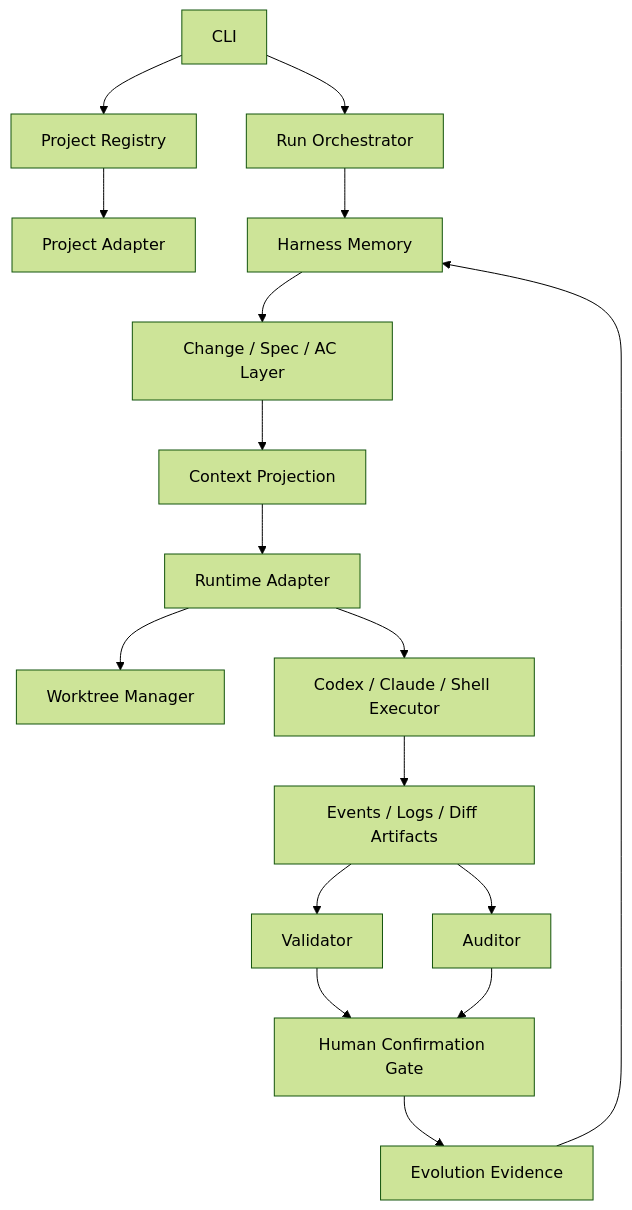
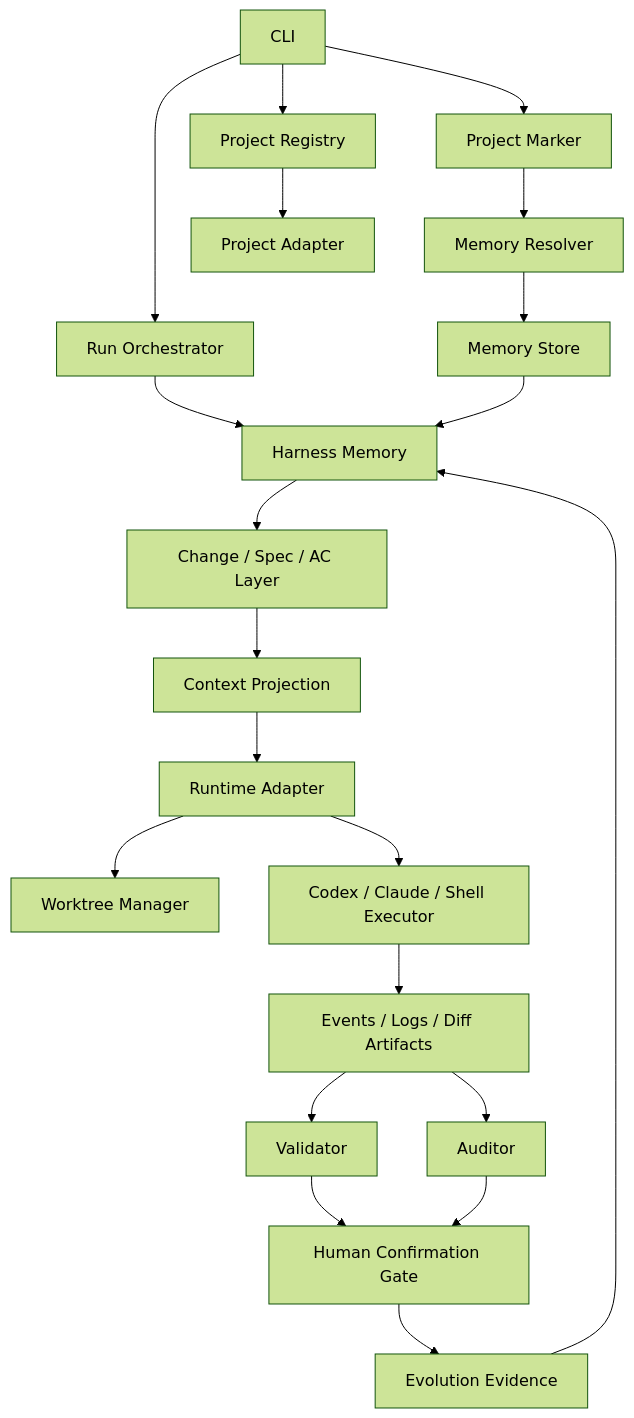
Before and after one commit to qinghui316/agent-harness-orchestrator: the diagram in docs/ARCHITECTURE.md, drawn with Mermaid (forest theme). The commit also changed other lines of this file and 16 other files, not shown here.

Commit message:
add codex readonly runs and memory architecture

````diff
--- a/docs/ARCHITECTURE.md
+++ b/docs/ARCHITECTURE.md
@@ -45,19 +45,23 @@
 ```mermaid
 graph TD
     CLI["CLI"] --> Registry["Project Registry"]
+    CLI --> Marker["Project Marker"]
+    Marker --> Resolver["Memory Resolver"]
+    Resolver --> Store["Memory Store"]
     CLI --> Orchestrator["Run Orchestrator"]
     Registry --> Project["Project Adapter"]
     Orchestrator --> Memory["Harness Memory"]
+    Store --> Memory
     Memory --> Change["Change / Spec / AC Layer"]
     Change --> Context["Context Projection"]
     Context --> Runtime["Runtime Adapter"]
     Runtime --> Worktree["Worktree Manager"]
     Runtime --> Executor["Codex / Claude / Shell Executor"]
     Executor --> Artifacts["Events / Logs / Diff Artifacts"]
     Artifacts --> Validator["Validator"]
     Artifacts --> Auditor["Auditor"]
     Validator --> Gate["Human Confirmation Gate"]
     Auditor --> Gate
     Gate --> Evolution["Evolution Evidence"]
     Evolution --> Memory
 ```
````
